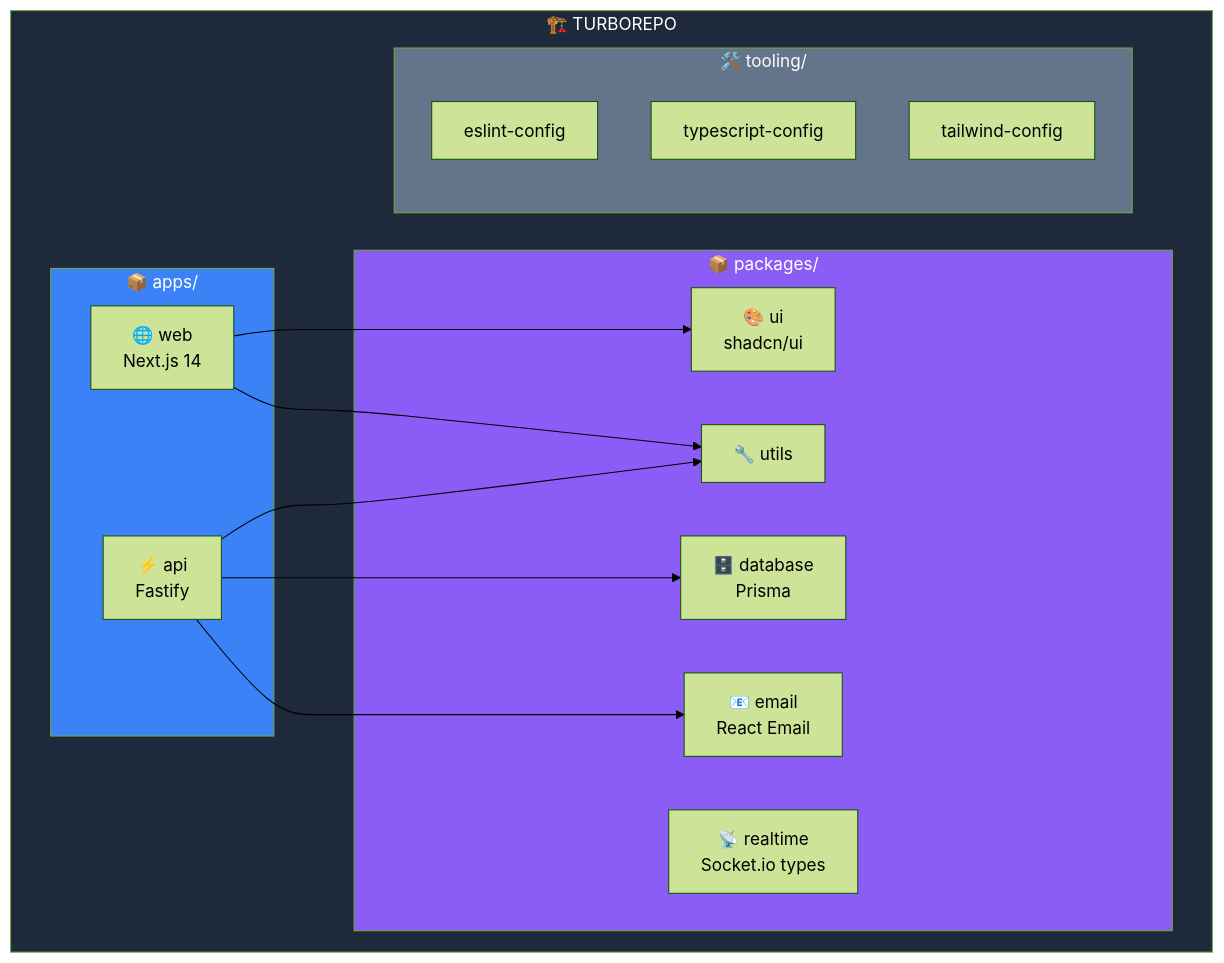
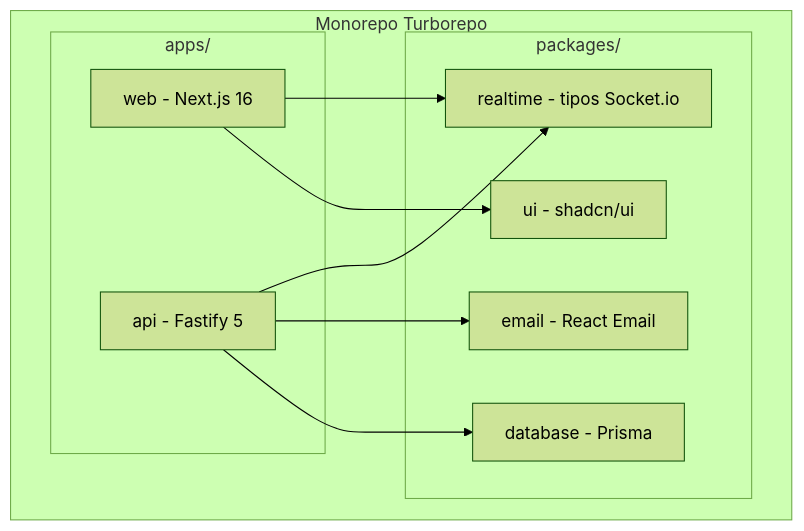
Before and after one commit to felipefontoura/spec-driven-development-book: the fifth of 15 diagrams in BOOK.pt-BR.md, drawn with Mermaid (forest theme). The commit also changed other lines of this file and 4 other files, not shown here.

````diff
--- a/BOOK.pt-BR.md
+++ b/BOOK.pt-BR.md
@@ -605,34 +802,24 @@
 ```mermaid
 flowchart TB
-    subgraph TURBOREPO["🏗️ TURBOREPO"]
-        subgraph APPS["📦 apps/"]
-            WEB["🌐 web<br/>Next.js 14"]
-            API["⚡ api<br/>Fastify"]
+    subgraph MONO["Monorepo Turborepo"]
+        subgraph APPS["apps/"]
+            WEB["web - Next.js 16"]
+            API["api - Fastify 5"]
         end
-
-        subgraph PACKAGES["📦 packages/"]
-            UI["🎨 ui<br/>shadcn/ui"]
-            DB["🗄️ database<br/>Prisma"]
-            UTILS["🔧 utils"]
-            EMAIL["📧 email<br/>React Email"]
-            RT["📡 realtime<br/>Socket.io types"]
-        end
-
-        subgraph TOOLING["🛠️ tooling/"]
-            ESL["eslint-config"]
-            TSC["typescript-config"]
-            TWC["tailwind-config"]
+        subgraph PKGS["packages/"]
+            UI["ui - shadcn/ui"]
+            DB["database - Prisma"]
+            EMAIL["email - React Email"]
+            RT["realtime - tipos Socket.io"]
         end
     end
 
     WEB --> UI
-    WEB --> UTILS
     API --> DB
-    API --> UTILS
     API --> EMAIL
+    WEB --> RT
+    API --> RT
 
-    style TURBOREPO fill:#1e293b,color:#fff
-    style APPS fill:#3b82f6,color:#fff
-    style PACKAGES fill:#8b5cf6,color:#fff
-    style TOOLING fill:#64748b,color:#fff
+    class WEB,API accent;
+    class UI,DB,EMAIL,RT neutral;
 ```
````
